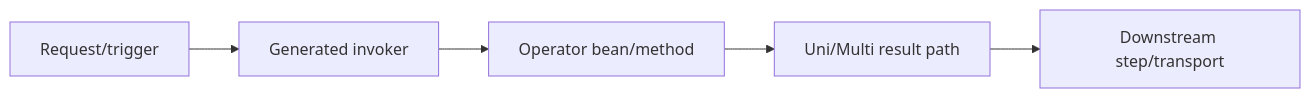
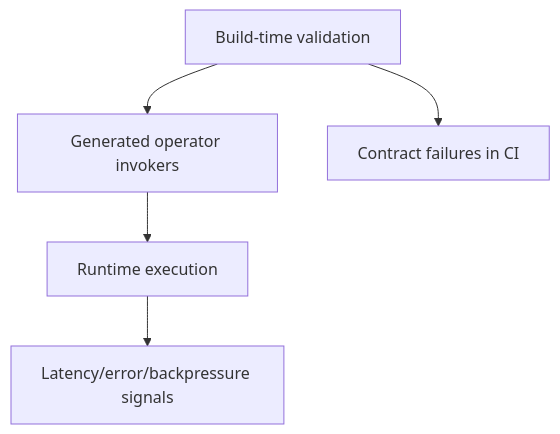
Before and after one commit to The-Pipeline-Framework/pipelineframework: the diagram in docs/guide/operations/operators.md, drawn with Mermaid. The commit also changed other lines of this file and 5 other files, not shown here.

Commit message:
docs(operators): refresh guide content with current behavior and diagrams

````diff
--- a/docs/guide/operations/operators.md
+++ b/docs/guide/operations/operators.md
@@ -11,7 +5,7 @@
 ```mermaid
-flowchart LR
-  A["Request/trigger"] --> B["Generated invoker"]
-  B --> C["Operator bean/method"]
-  C --> D["Uni/Multi result path"]
-  D --> E["Downstream step/transport"]
+flowchart TD
+  A["Build-time validation"] --> B["Generated operator invokers"]
+  B --> C["Runtime execution"]
+  A --> D["Contract failures in CI"]
+  C --> E["Latency/error/backpressure signals"]
 ```
````
